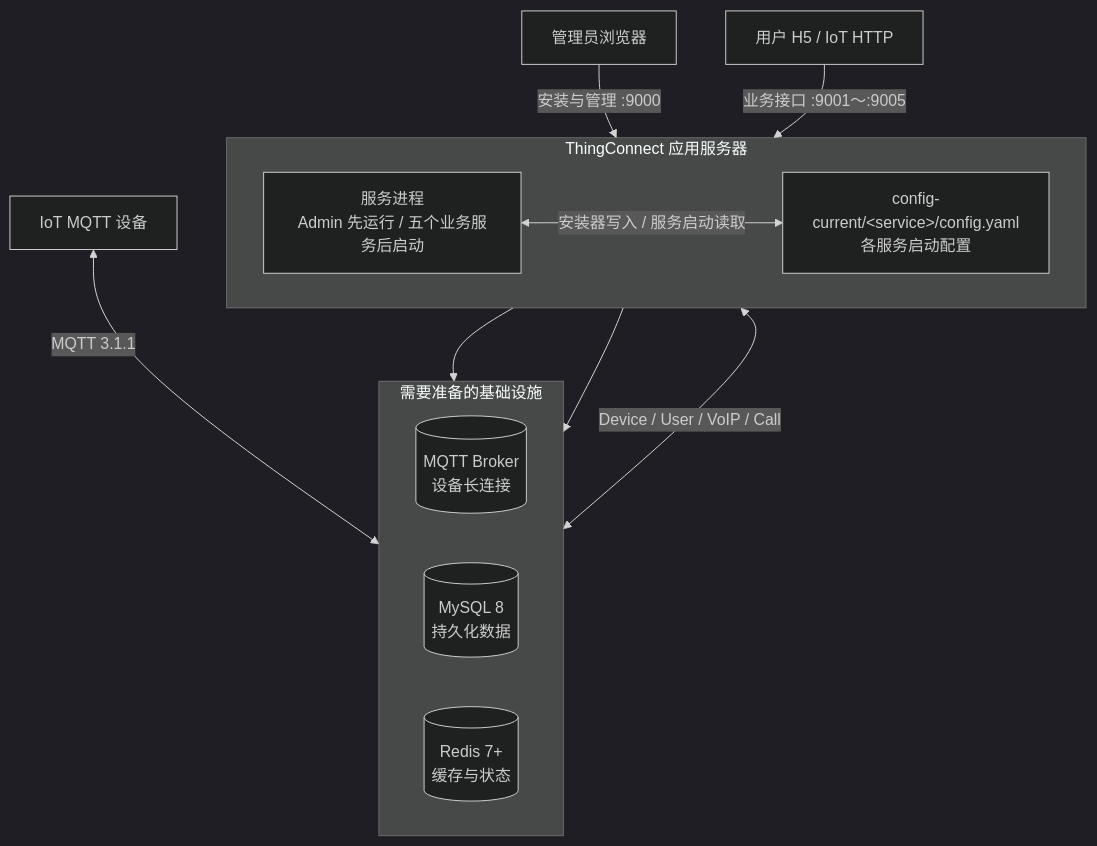
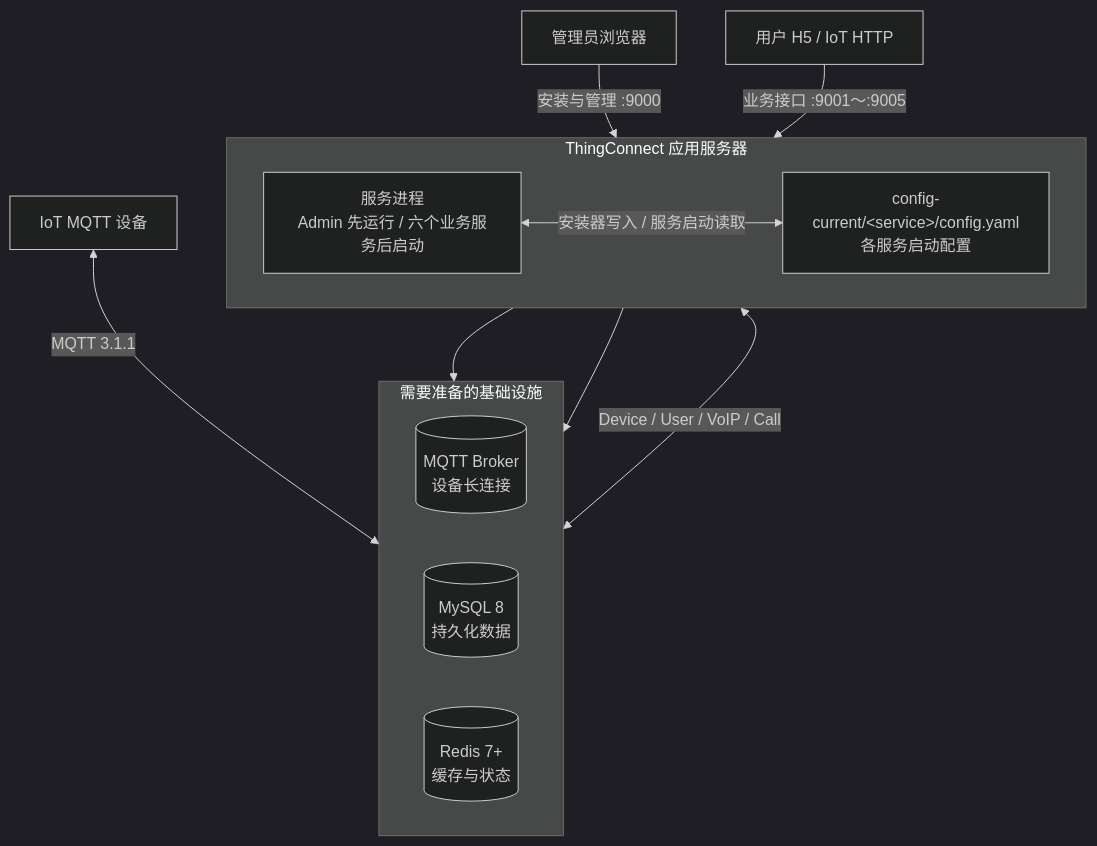
One commit to tangeai/tirtc-server-example changed the diagram in thing-connect/deployment.md. Above: the diagram before and after it, drawn with Mermaid (dark theme). The commit also changed other lines of this file and 33 other files, not shown here.

````diff
--- a/thing-connect/deployment.md
+++ b/thing-connect/deployment.md
@@ -17,24 +17,24 @@
 ```mermaid
 flowchart TB
     Operator["管理员浏览器"] -->|"安装与管理 :9000"| Services
     Client["用户 H5 / IoT HTTP"] -->|"业务接口 :9001～:9005"| Services
     Device["IoT MQTT 设备"] <-->|"MQTT 3.1.1"| MQTT
 
     subgraph Host["ThingConnect 应用服务器"]
         direction LR
-        Services["服务进程<br/>Admin 先运行 / 五个业务服务后启动"]
+        Services["服务进程<br/>Admin 先运行 / 六个业务服务后启动"]
         Config["config-current/&lt;service&gt;/config.yaml<br/>各服务启动配置"]
         Services <-->|"安装器写入 / 服务启动读取"| Config
     end
 
     subgraph Dependencies["需要准备的基础设施"]
         direction LR
         MySQL[("MySQL 8<br/>持久化数据")]
         Redis[("Redis 7+<br/>缓存与状态")]
         MQTT[("MQTT Broker<br/>设备长连接")]
     end
 
     Services --> MySQL
     Services --> Redis
     Services <-->|"Device / User / VoIP / Call"| MQTT
 ```
````
